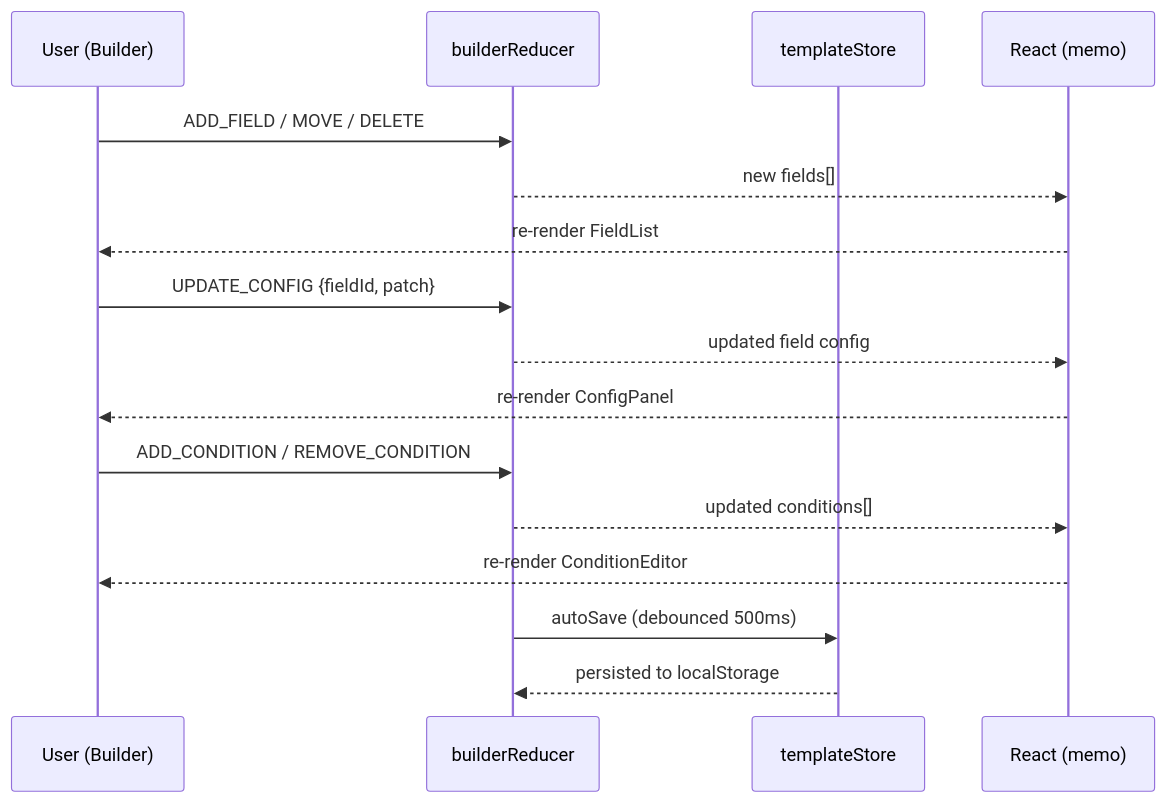
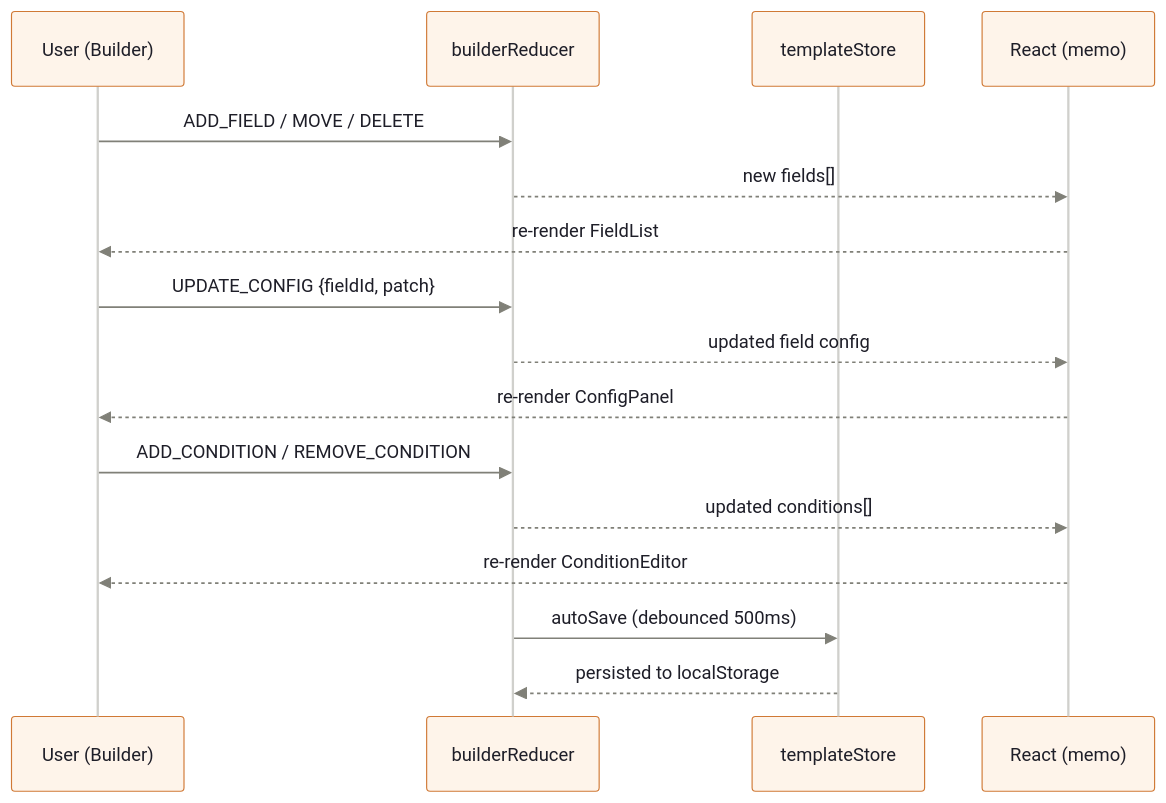
The diagram in docs/sequence-builder.mmd (Piyush8296/smart-form-builder), drawn with Mermaid before and after one commit. The commit also changed 7 other files, not shown here.

First line of the commit message:
docs: add architecture diagrams to docs/

```diff
--- a/docs/sequence-builder.mmd
+++ b/docs/sequence-builder.mmd
@@ -1,20 +1,21 @@
+%%{init: {'theme': 'base', 'themeVariables': {'background': '#fafaf8', 'primaryColor': '#fef4ea', 'primaryBorderColor': '#d07935', 'primaryTextColor': '#1e1e28', 'actorBkg': '#fef4ea', 'actorBorder': '#d07935', 'actorTextColor': '#1e1e28', 'actorLineColor': '#d0d0cc', 'signalColor': '#808078', 'signalTextColor': '#1e1e28', 'activationBkgColor': '#fde8d0', 'activationBorderColor': '#d07935', 'labelBoxBkgColor': '#f7f7f5', 'labelBoxBorderColor': '#d0d0cc', 'noteBkgColor': '#fef9e8', 'noteBorderColor': '#ca9a2a', 'fontFamily': 'Geist, ui-sans-serif, system-ui, sans-serif', 'fontSize': '13px'}}}%%
 sequenceDiagram
     participant U as User (Builder)
     participant BR as builderReducer
     participant TS as templateStore
     participant React as React (memo)
 
     U->>BR: ADD_FIELD / MOVE / DELETE
     BR-->>React: new fields[]
     React-->>U: re-render FieldList
 
     U->>BR: UPDATE_CONFIG {fieldId, patch}
     BR-->>React: updated field config
     React-->>U: re-render ConfigPanel
 
     U->>BR: ADD_CONDITION / REMOVE_CONDITION
     BR-->>React: updated conditions[]
     React-->>U: re-render ConditionEditor
 
     BR->>TS: autoSave (debounced 500ms)
     TS-->>BR: persisted to localStorage
```
